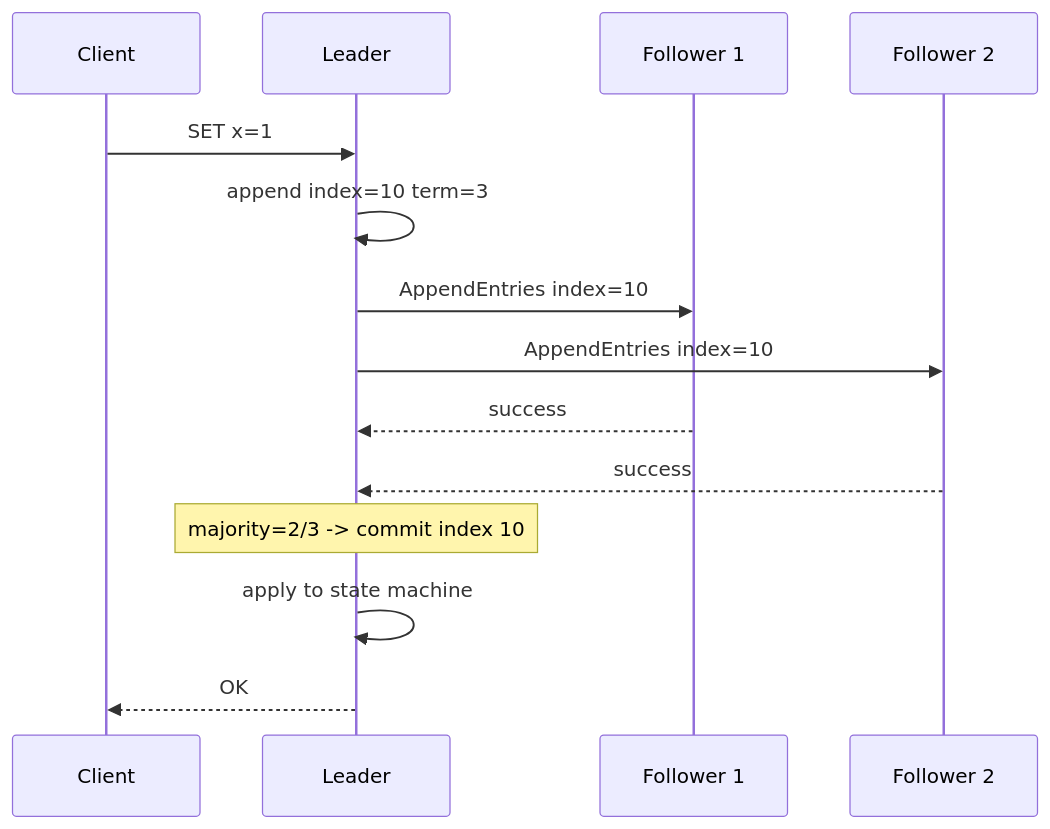
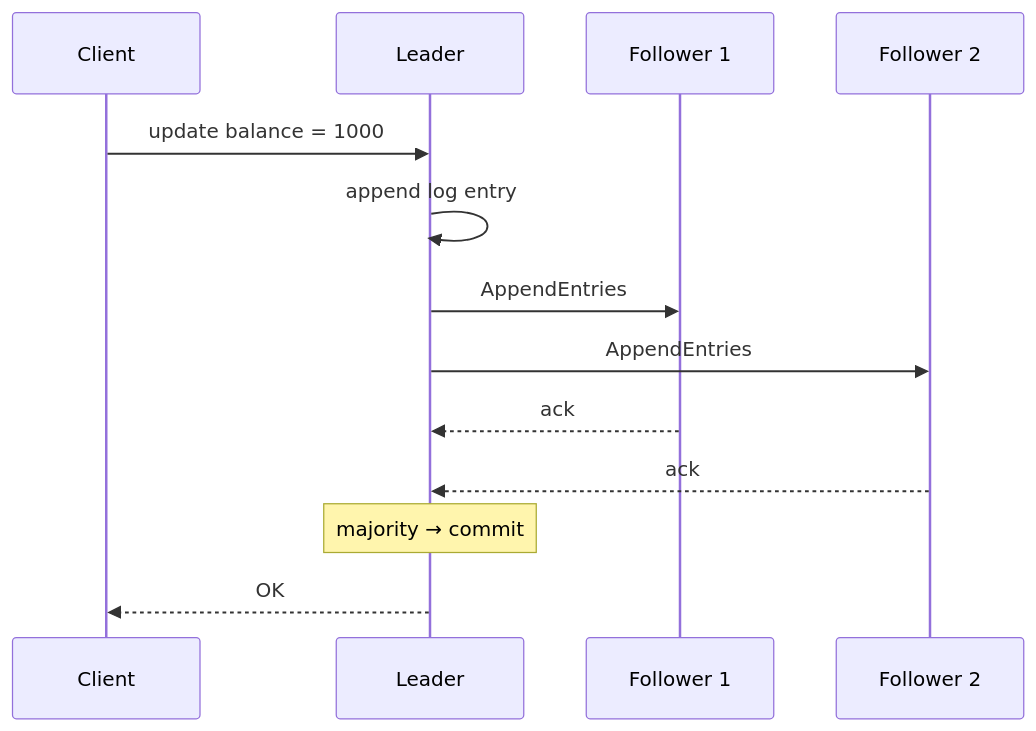
Diagram 37 of 44 in 05-distributed-databases/README.md (hareramcse/SystemDesign), drawn with Mermaid before and after one commit. The commit also changed other lines of this file, not shown here.

````diff
--- a/05-distributed-databases/README.md
+++ b/05-distributed-databases/README.md
@@ -2023,16 +4548,15 @@
 ```mermaid
 sequenceDiagram
     participant C as Client
     participant L as Leader
     participant F1 as Follower 1
     participant F2 as Follower 2
-    C->>L: SET x=1
-    L->>L: append index=10 term=3
-    L->>F1: AppendEntries index=10
-    L->>F2: AppendEntries index=10
-    F1-->>L: success
-    F2-->>L: success
-    Note over L: majority=2/3 -> commit index 10
-    L->>L: apply to state machine
+    C->>L: update balance = 1000
+    L->>L: append log entry
+    L->>F1: AppendEntries
+    L->>F2: AppendEntries
+    F1-->>L: ack
+    F2-->>L: ack
+    Note over L: majority → commit
     L-->>C: OK
 ```
````
